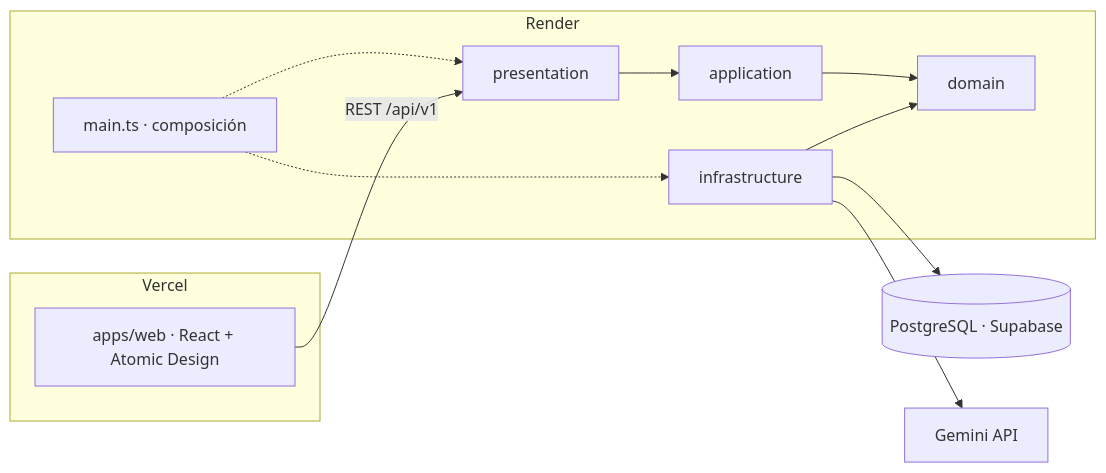
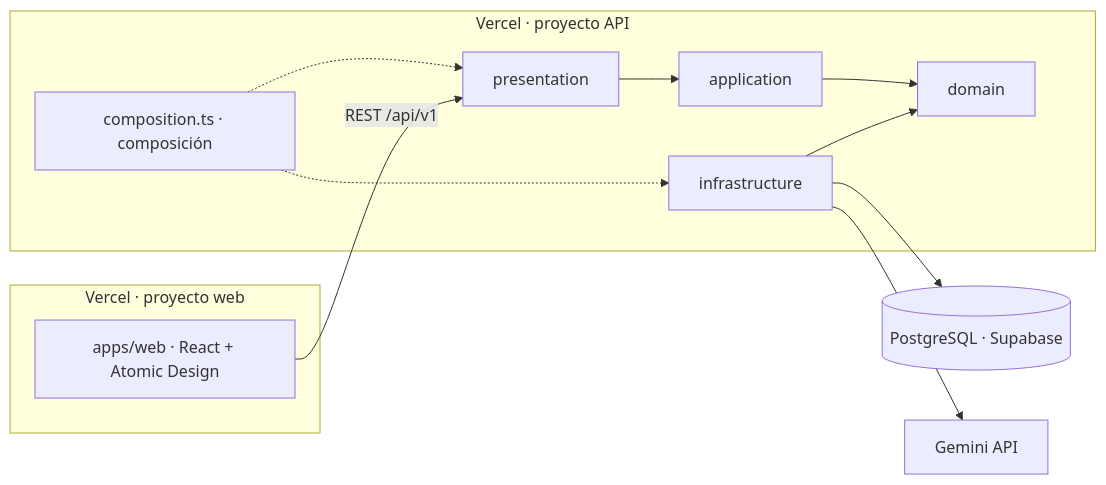
One commit to JuanjoOrtiz/DevPilotIA changed the diagram in docs/architecture.md. Above: the diagram before and after it, drawn with Mermaid. The commit also changed other lines of this file and 25 other files, not shown here.

Commit message:
feat(api): deploy the API to Vercel as a function

````diff
--- a/docs/architecture.md
+++ b/docs/architecture.md
@@ -5,15 +5,15 @@
 ```mermaid
 flowchart LR
-  subgraph Vercel
+  subgraph VW[Vercel · proyecto web]
     W[apps/web · React + Atomic Design]
   end
-  subgraph Render
+  subgraph VA[Vercel · proyecto API]
     P[presentation] --> AP[application] --> DO[domain]
     I[infrastructure] --> DO
-    M[main.ts · composición] -.-> P
+    M[composition.ts · composición] -.-> P
     M -.-> I
   end
   W -- REST /api/v1 --> P
   I --> DB[(PostgreSQL · Supabase)]
   I --> LLM[Gemini API]
 ```
````
